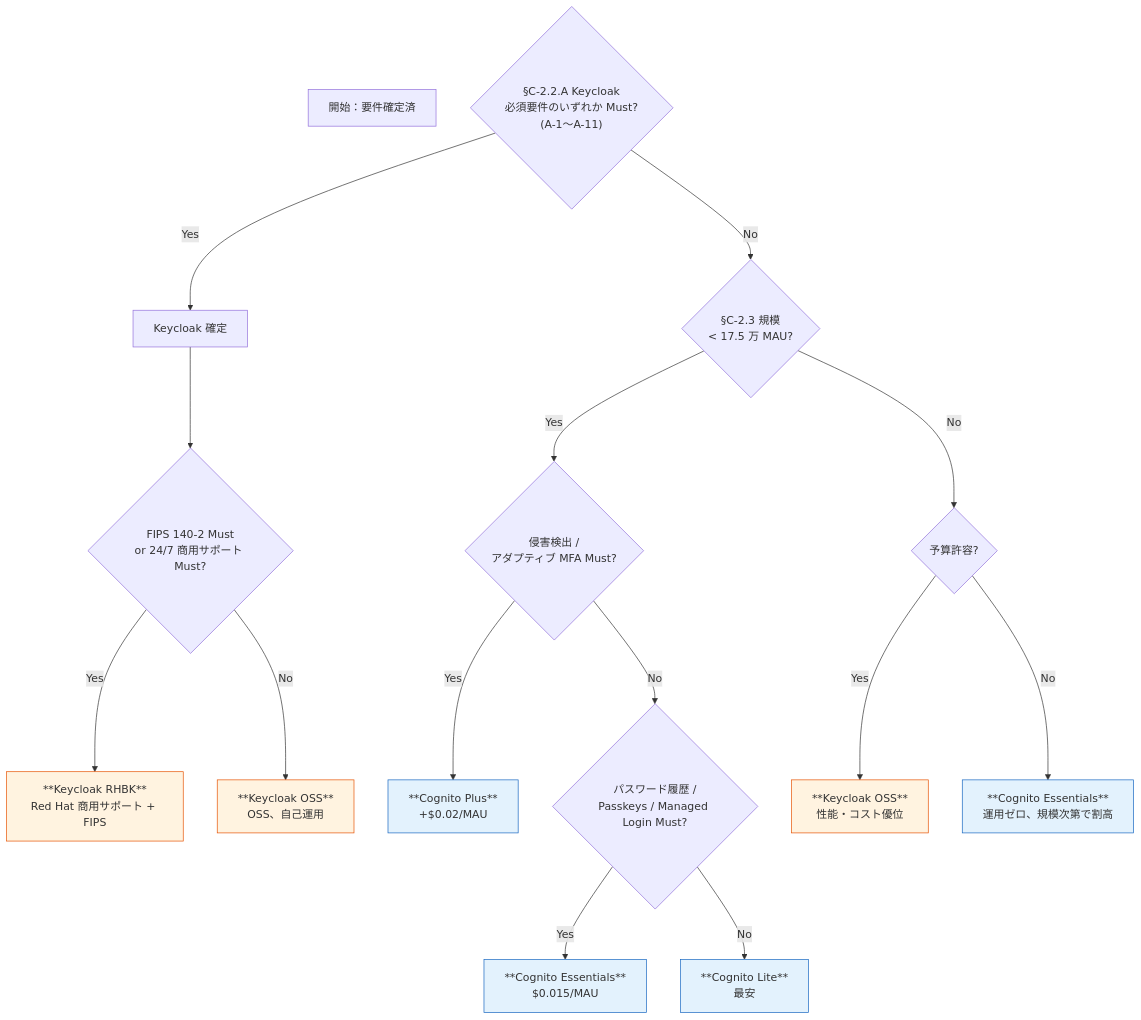
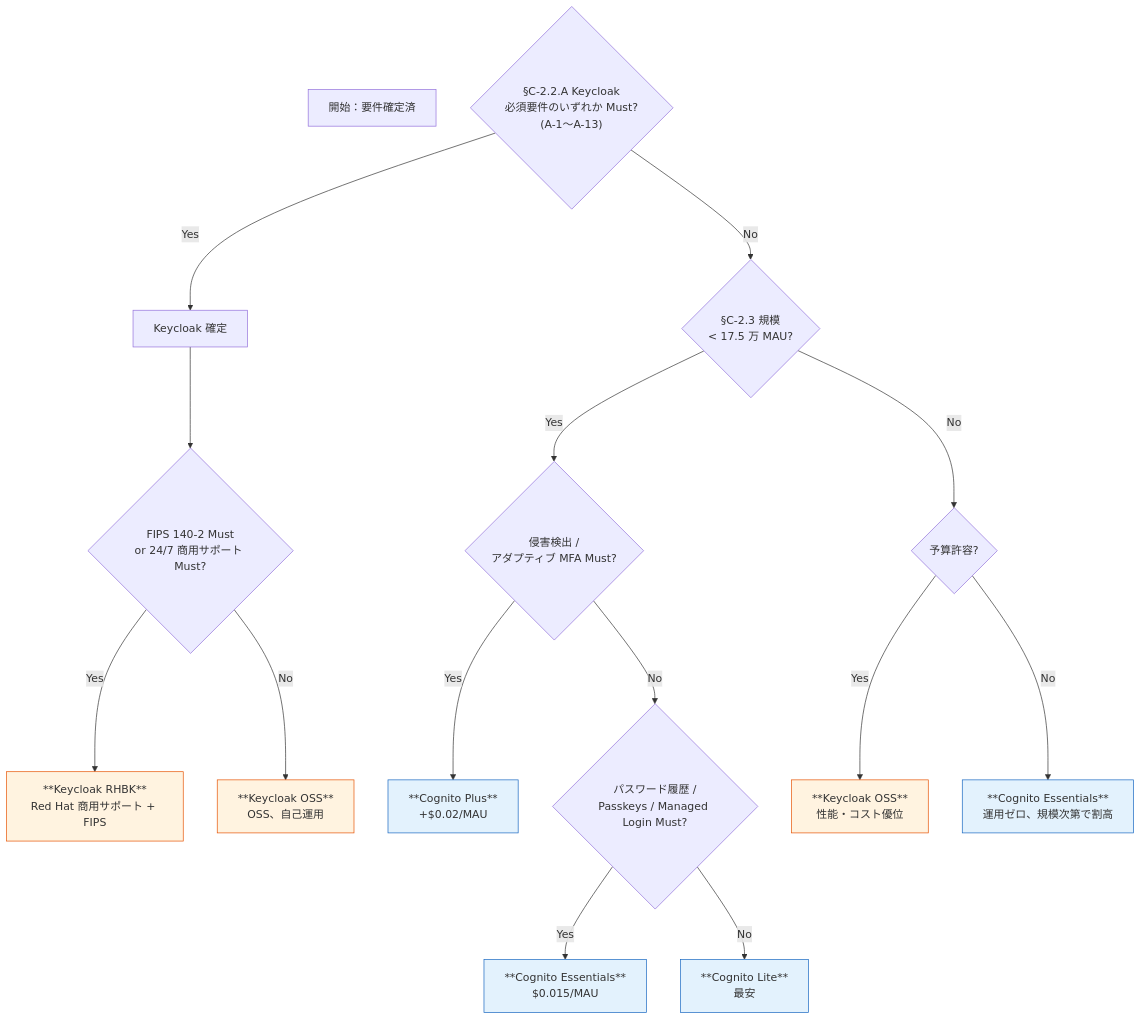
Before and after one commit to suepie/aws-atuh-poc: the third of 3 diagrams in doc/requirements/proposal/common/02-platform.md, drawn with Mermaid. The commit also changed other lines of this file and 6 other files, not shown here.

````diff
--- a/doc/requirements/proposal/common/02-platform.md
+++ b/doc/requirements/proposal/common/02-platform.md
@@ -400,32 +427,32 @@
 ```mermaid
 flowchart TD
     Start[開始：要件確定済]
 
-    Q1{"§C-2.2.A Keycloak<br/>必須要件のいずれか Must?<br/>(A-1〜A-11)"}
+    Q1{"§C-2.2.A Keycloak<br/>必須要件のいずれか Must?<br/>(A-1〜A-13)"}
     Q1 -->|Yes| Q2[Keycloak 確定]
     Q1 -->|No| Q3{§C-2.3 規模<br/>< 17.5 万 MAU?}
 
     Q2 --> Q4{FIPS 140-2 Must<br/>or 24/7 商用サポート Must?}
     Q4 -->|Yes| RHBK["**Keycloak RHBK**<br/>Red Hat 商用サポート + FIPS"]
     Q4 -->|No| KCOSS["**Keycloak OSS**<br/>OSS、自己運用"]
 
     Q3 -->|Yes| Q5{侵害検出 /<br/>アダプティブ MFA Must?}
     Q3 -->|No| Q6{予算許容?}
 
     Q5 -->|Yes| Plus["**Cognito Plus**<br/>+$0.02/MAU"]
     Q5 -->|No| Q7{パスワード履歴 /<br/>Passkeys / Managed Login Must?}
 
     Q7 -->|Yes| Essentials["**Cognito Essentials**<br/>$0.015/MAU"]
     Q7 -->|No| Lite["**Cognito Lite**<br/>最安"]
 
     Q6 -->|Yes| Keycloak2["**Keycloak OSS**<br/>性能・コスト優位"]
     Q6 -->|No| Cognito["**Cognito Essentials**<br/>運用ゼロ、規模次第で割高"]
 
     style RHBK fill:#fff3e0,stroke:#e65100
     style KCOSS fill:#fff3e0,stroke:#e65100
     style Plus fill:#e3f2fd,stroke:#1565c0
     style Essentials fill:#e3f2fd,stroke:#1565c0
     style Lite fill:#e3f2fd,stroke:#1565c0
     style Keycloak2 fill:#fff3e0,stroke:#e65100
     style Cognito fill:#e3f2fd,stroke:#1565c0
 ```
````
